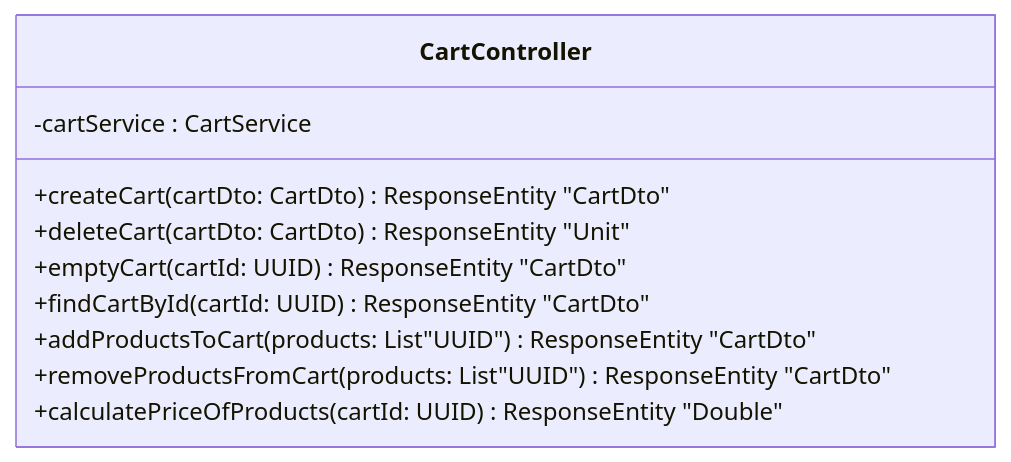
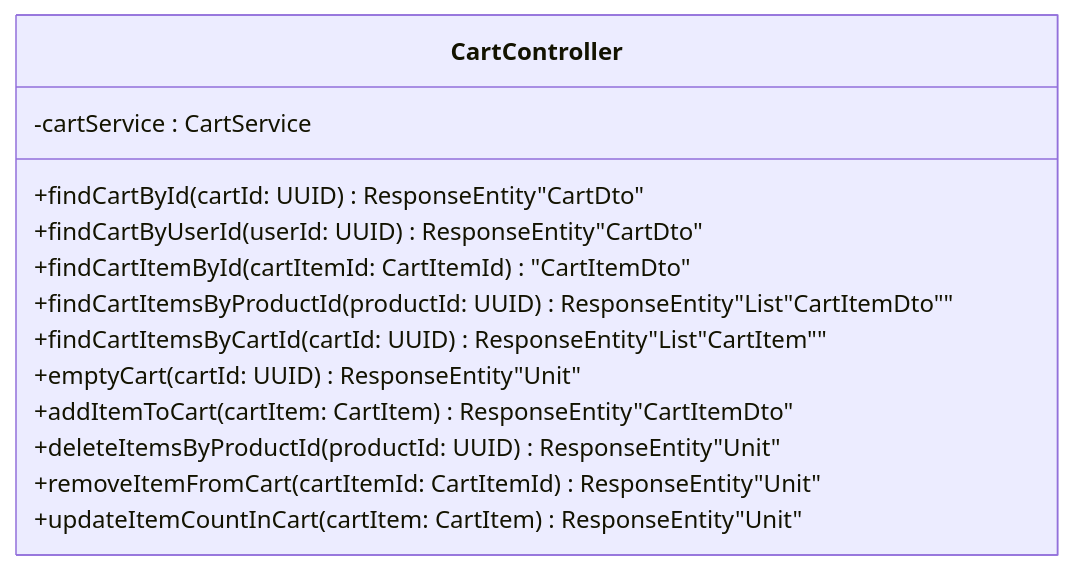
One commit to fruzsina-banyai/webshop changed the seventh of 7 diagrams in documentation/shopping_cart/shopping_cart.md. Above: the diagram before and after it, drawn with Mermaid. The commit also changed other lines of this file, not shown here.

````diff
--- a/documentation/shopping_cart/shopping_cart.md
+++ b/documentation/shopping_cart/shopping_cart.md
@@ -65,13 +81,16 @@
 ```mermaid
 classDiagram
   class CartController{
     -cartService : CartService
-    +createCart(cartDto: CartDto) ResponseEntity "CartDto"
-    +deleteCart(cartDto: CartDto) ResponseEntity "Unit"
-    +emptyCart(cartId: UUID) ResponseEntity "CartDto"
-    +findCartById(cartId: UUID) ResponseEntity "CartDto"
-    +addProductsToCart(products: List"UUID") ResponseEntity "CartDto"
-    +removeProductsFromCart(products: List"UUID") ResponseEntity "CartDto"
-    +calculatePriceOfProducts(cartId: UUID) ResponseEntity "Double"
+    +findCartById(cartId: UUID) ResponseEntity"CartDto"
+    +findCartByUserId(userId: UUID) ResponseEntity"CartDto" 
+    +findCartItemById(cartItemId: CartItemId) "CartItemDto" 
+    +findCartItemsByProductId(productId: UUID) ResponseEntity"List"CartItemDto"" 
+    +findCartItemsByCartId(cartId: UUID) ResponseEntity"List"CartItem""
+    +emptyCart(cartId: UUID) ResponseEntity"Unit"
+    +addItemToCart(cartItem: CartItem) ResponseEntity"CartItemDto" 
+    +deleteItemsByProductId(productId: UUID) ResponseEntity"Unit"
+    +removeItemFromCart(cartItemId: CartItemId) ResponseEntity"Unit"
+    +updateItemCountInCart(cartItem: CartItem) ResponseEntity"Unit"
   }
 ```
````
